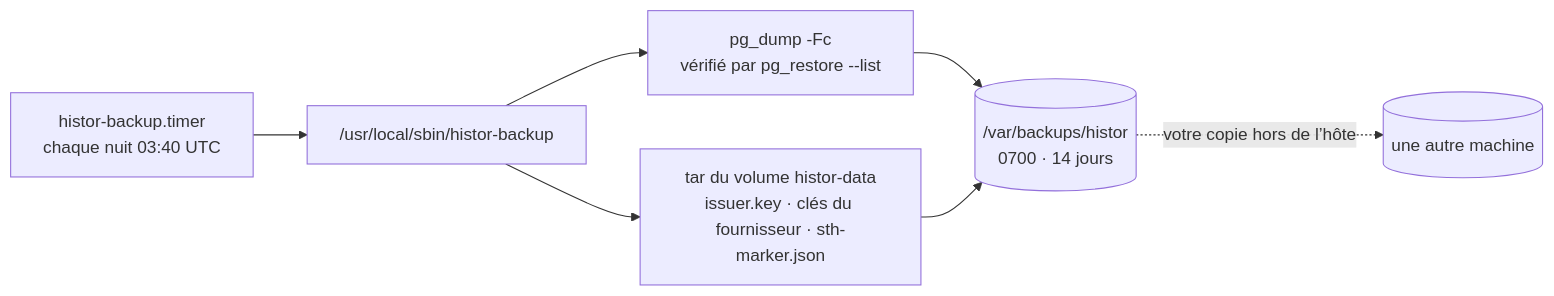
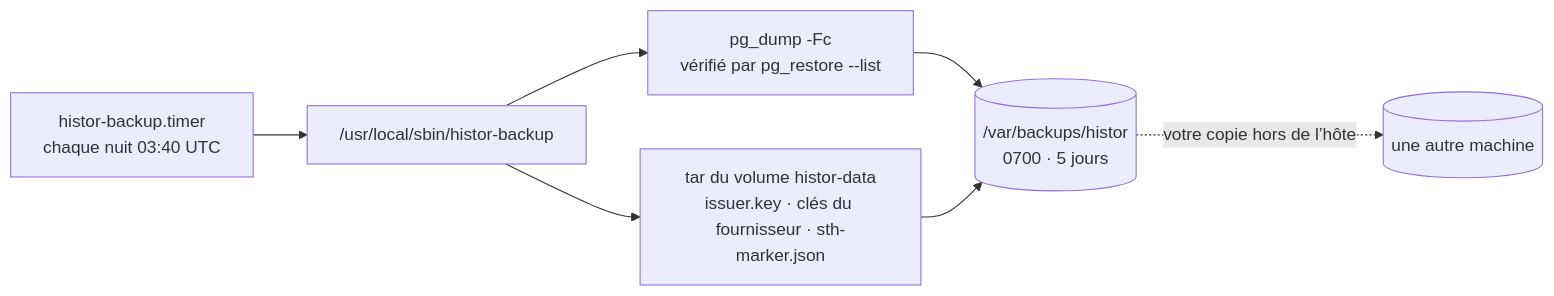
One commit to alexar76/histor changed the third of 3 diagrams in docs/operations.fr.md. Above: the diagram before and after it, drawn with Mermaid. The commit also changed 9 other files, not shown here.

````diff
--- a/docs/operations.fr.md
+++ b/docs/operations.fr.md
@@ -115,9 +115,9 @@
 ```mermaid
 flowchart LR
     T["histor-backup.timer<br/>chaque nuit 03:40 UTC"] --> S["/usr/local/sbin/histor-backup"]
     S --> D["pg_dump -Fc<br/>vérifié par pg_restore --list"]
     S --> K["tar du volume histor-data<br/>issuer.key · clés du fournisseur · sth-marker.json"]
-    D --> B[("/var/backups/histor<br/>0700 · 14 jours")]
+    D --> B[("/var/backups/histor<br/>0700 · 5 jours")]
     K --> B
     B -. "votre copie hors de l’hôte" .-> O[("une autre machine")]
 ```
````
